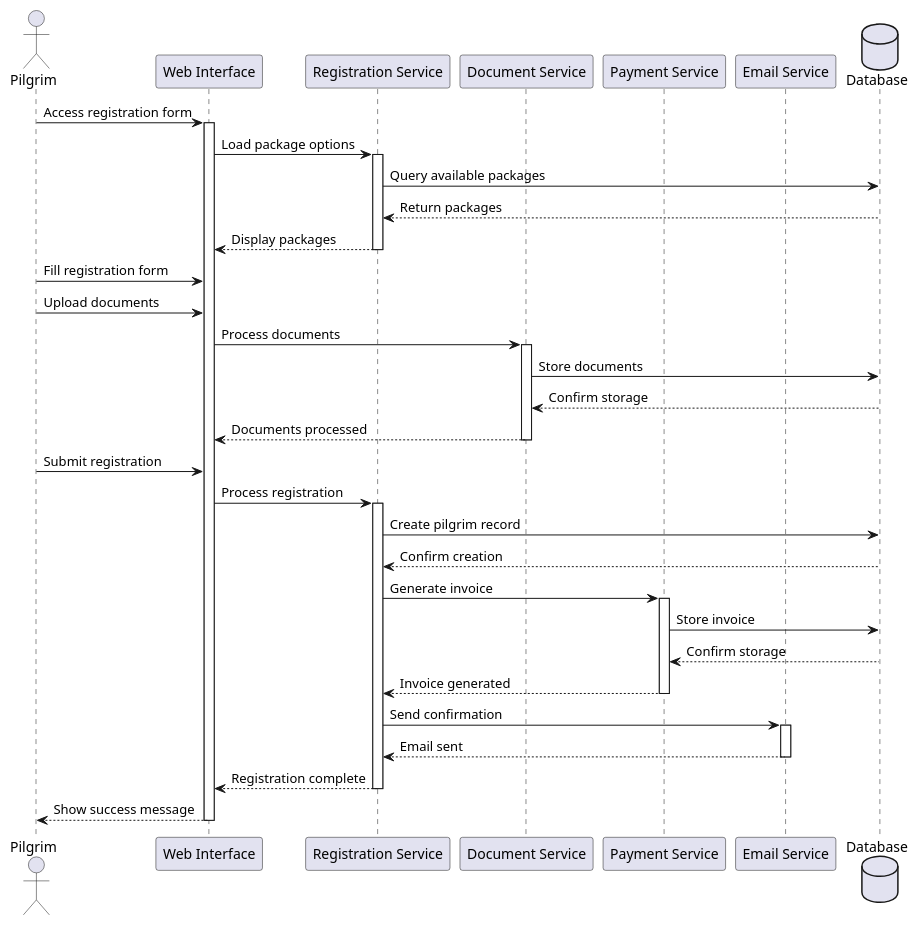
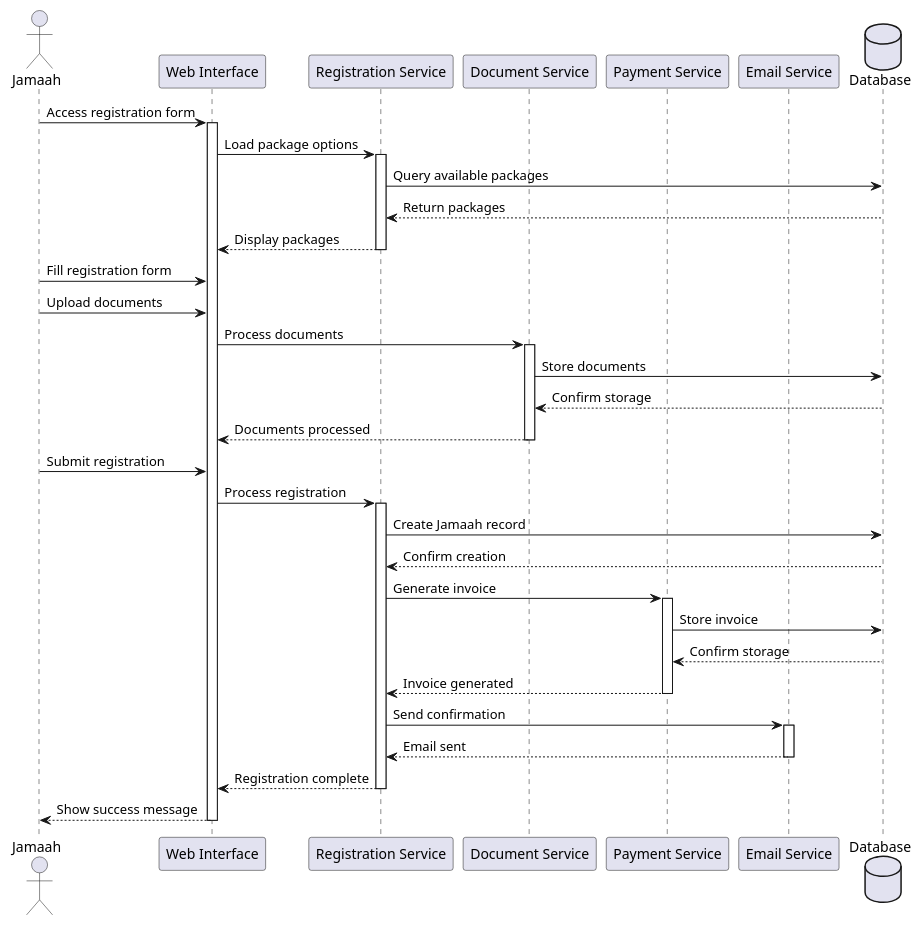
One commit to HoneyGun76/MIW changed the diagram in diagram_surpass/sequence_registration.puml. Above: the diagram before and after it, drawn with PlantUML. The commit also changed 101 other files, not shown here.

Commit message:
Backup before implementing black box testing - documentation and diagrams

```diff
--- a/diagram_surpass/sequence_registration.puml
+++ b/diagram_surpass/sequence_registration.puml
@@ -1,53 +1,53 @@
 @startuml Registration and Payment Sequence
 
-actor "Pilgrim" as pilgrim
+actor "Jamaah" as Jamaah
 participant "Web Interface" as ui
 participant "Registration Service" as reg
 participant "Document Service" as doc
 participant "Payment Service" as payment
 participant "Email Service" as email
 database "Database" as db
 
-pilgrim -> ui: Access registration form
+Jamaah -> ui: Access registration form
 activate ui
 
 ui -> reg: Load package options
 activate reg
 reg -> db: Query available packages
 db --> reg: Return packages
 reg --> ui: Display packages
 deactivate reg
 
-pilgrim -> ui: Fill registration form
-pilgrim -> ui: Upload documents
+Jamaah -> ui: Fill registration form
+Jamaah -> ui: Upload documents
 ui -> doc: Process documents
 activate doc
 doc -> db: Store documents
 db --> doc: Confirm storage
 doc --> ui: Documents processed
 deactivate doc
 
-pilgrim -> ui: Submit registration
+Jamaah -> ui: Submit registration
 ui -> reg: Process registration
 activate reg
-reg -> db: Create pilgrim record
+reg -> db: Create Jamaah record
 db --> reg: Confirm creation
 reg -> payment: Generate invoice
 activate payment
 payment -> db: Store invoice
 db --> payment: Confirm storage
 payment --> reg: Invoice generated
 deactivate payment
 
 reg -> email: Send confirmation
 activate email
 email --> reg: Email sent
 deactivate email
 
 reg --> ui: Registration complete
 deactivate reg
 
-ui --> pilgrim: Show success message
+ui --> Jamaah: Show success message
 deactivate ui
 
 @enduml
```
